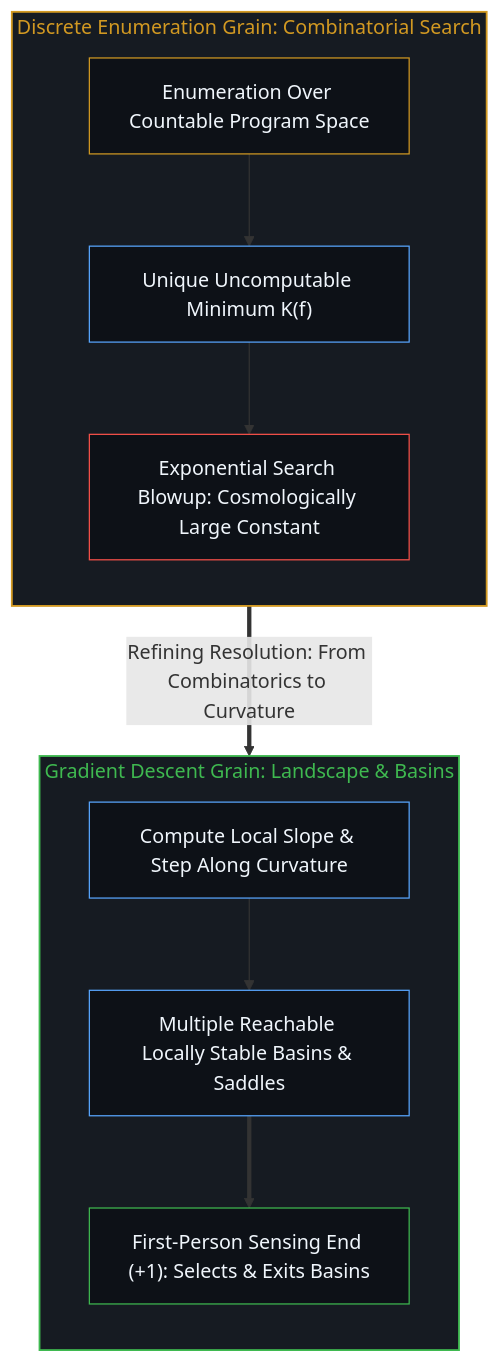
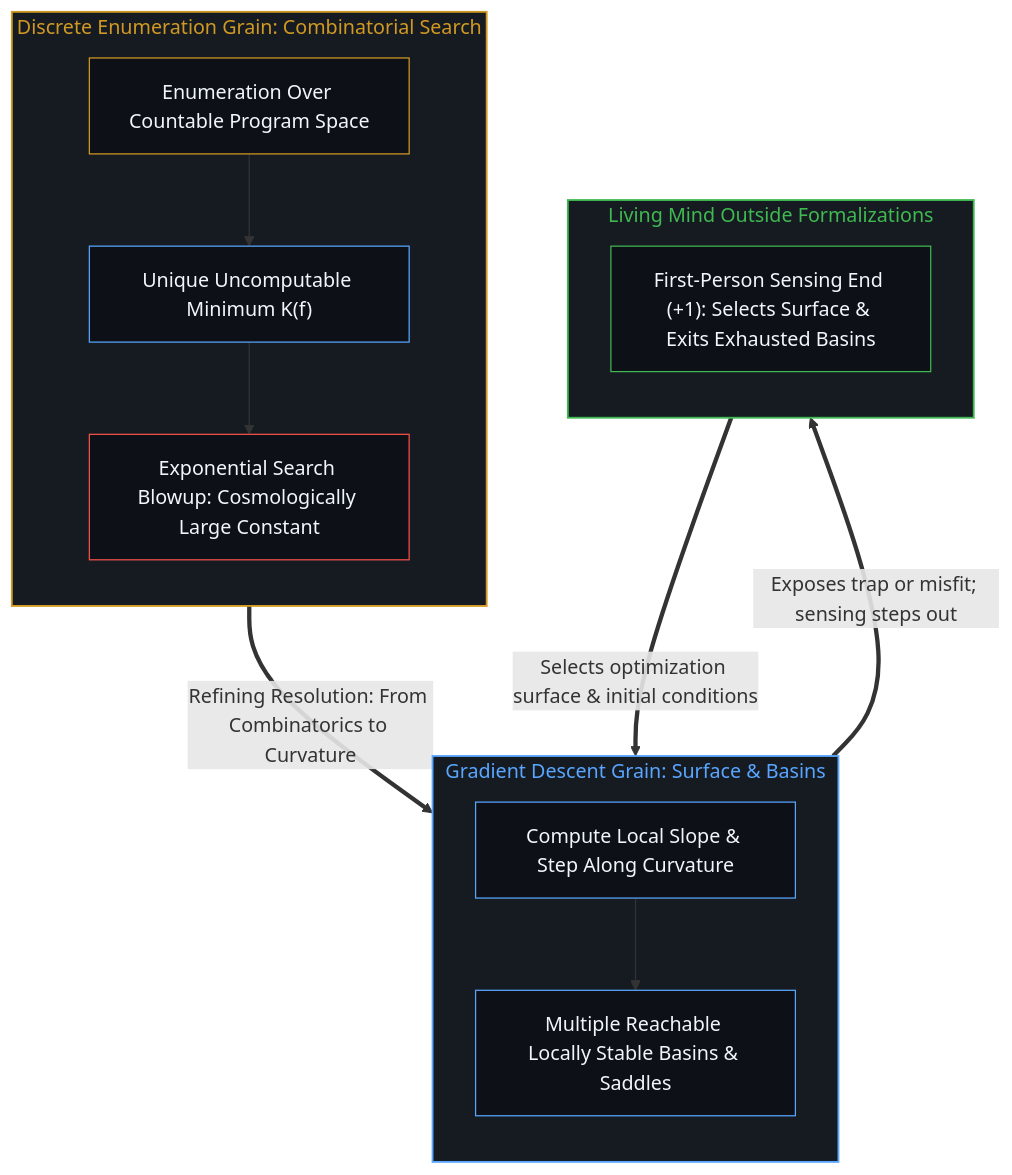
Before and after one commit to powerpig99/not-a-toe: the second of 2 diagrams in content/posts/the-surface-beneath.md, drawn with Mermaid. The commit also changed other lines of this file and 3 other files, not shown here.

````diff
--- a/content/posts/the-surface-beneath.md
+++ b/content/posts/the-surface-beneath.md
@@ -68,26 +74,32 @@
 ```mermaid
 flowchart TD
     subgraph S_Enum["Discrete Enumeration Grain: Combinatorial Search"]
         direction TB
         Countable["Enumeration Over Countable Program Space"]
         UniqueK["Unique Uncomputable Minimum K(f)"]
         Blowup["Exponential Search Blowup: Cosmologically Large Constant"]
         Countable --> UniqueK --> Blowup
     end
-    S_Enum ==>|"Refining Resolution: From Combinatorics to Curvature"| S_Grad
-    subgraph S_Grad["Gradient Descent Grain: Landscape & Basins"]
+    subgraph S_Grad["Gradient Descent Grain: Surface & Basins"]
         direction TB
         Slope["Compute Local Slope & Step Along Curvature"]
         Basins["Multiple Reachable Locally Stable Basins & Saddles"]
-        HumanSense["First-Person Sensing End (+1): Selects & Exits Basins"]
-        Slope --> Basins ==> HumanSense
+        Slope --> Basins
     end
+    subgraph S_Sense["Living Mind Outside Formalizations"]
+        direction TB
+        HumanSense["First-Person Sensing End (+1): Selects Surface & Exits Exhausted Basins"]
+    end
+    S_Enum ==>|"Refining Resolution: From Combinatorics to Curvature"| S_Grad
+    HumanSense ==>|"Selects optimization surface & initial conditions"| Slope
+    Basins ==>|"Exposes trap or misfit; sensing steps out"| HumanSense
     style S_Enum fill:#161b22,stroke:#d29922,stroke-width:1.5px,color:#d29922
-    style S_Grad fill:#161b22,stroke:#3fb950,stroke-width:1.5px,color:#3fb950
+    style S_Grad fill:#161b22,stroke:#58a6ff,stroke-width:1.5px,color:#58a6ff
+    style S_Sense fill:#161b22,stroke:#3fb950,stroke-width:1.5px,color:#3fb950
     style Countable fill:#0d1117,stroke:#d29922,stroke-width:1px,color:#f0f6fc
     style UniqueK fill:#0d1117,stroke:#58a6ff,stroke-width:1px,color:#f0f6fc
     style Blowup fill:#0d1117,stroke:#f85149,stroke-width:1px,color:#f0f6fc
     style Slope fill:#0d1117,stroke:#58a6ff,stroke-width:1px,color:#f0f6fc
     style Basins fill:#0d1117,stroke:#58a6ff,stroke-width:1px,color:#f0f6fc
     style HumanSense fill:#0d1117,stroke:#3fb950,stroke-width:1px,color:#f0f6fc
 ```
````
